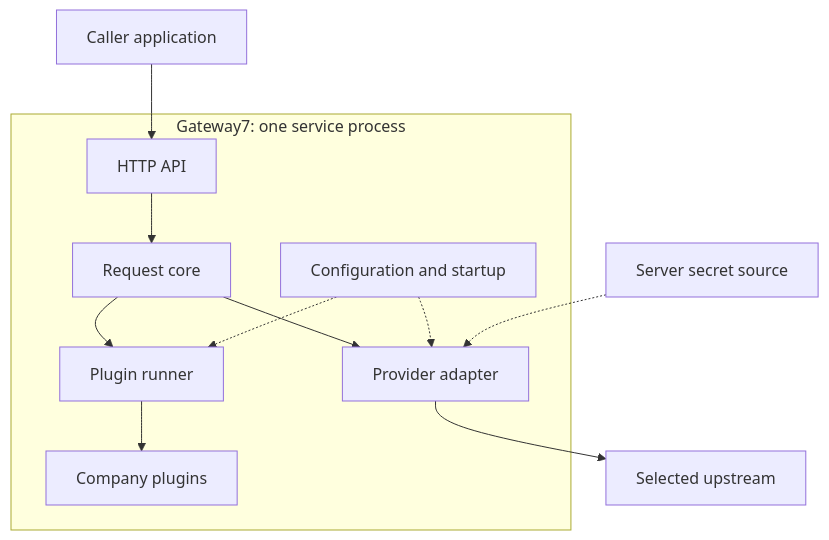
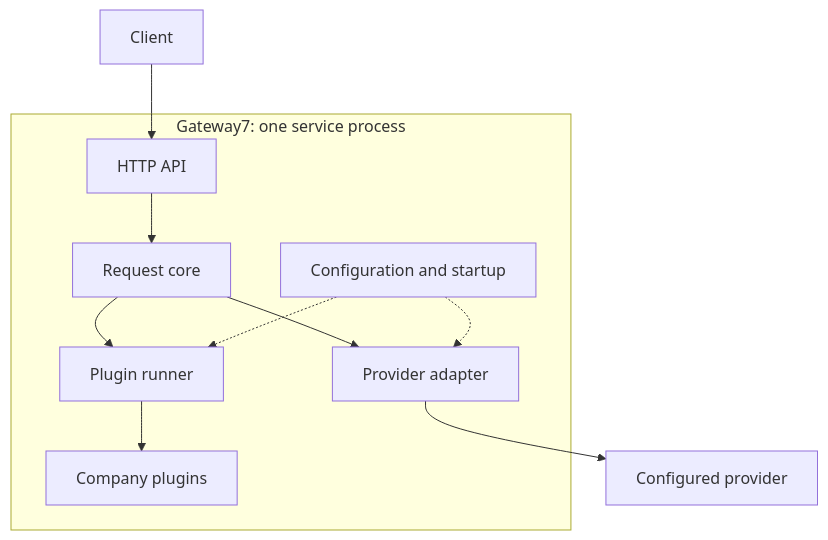
Before and after one commit to iteam7/gateway7: the first of 2 diagrams in docs/architecture/README.md, drawn with Mermaid. The commit also changed other lines of this file and 2 other files, not shown here.

First line of the commit message:
Shorten the architecture proposal

````diff
--- a/docs/architecture/README.md
+++ b/docs/architecture/README.md
@@ -26,14 +12,13 @@
 ```mermaid
 flowchart TB
-    caller["Caller application"] --> api
+    caller["Client"] --> api
     subgraph gateway["Gateway7: one service process"]
         api["HTTP API"] --> core["Request core"]
         core --> runner["Plugin runner"]
         runner --> plugins["Company plugins"]
         core --> adapter["Provider adapter"]
         startup["Configuration and startup"] -.-> runner
         startup -.-> adapter
     end
-    adapter --> provider["Selected upstream"]
-    secrets["Server secret source"] -.-> adapter
+    adapter --> provider["Configured provider"]
 ```
````
